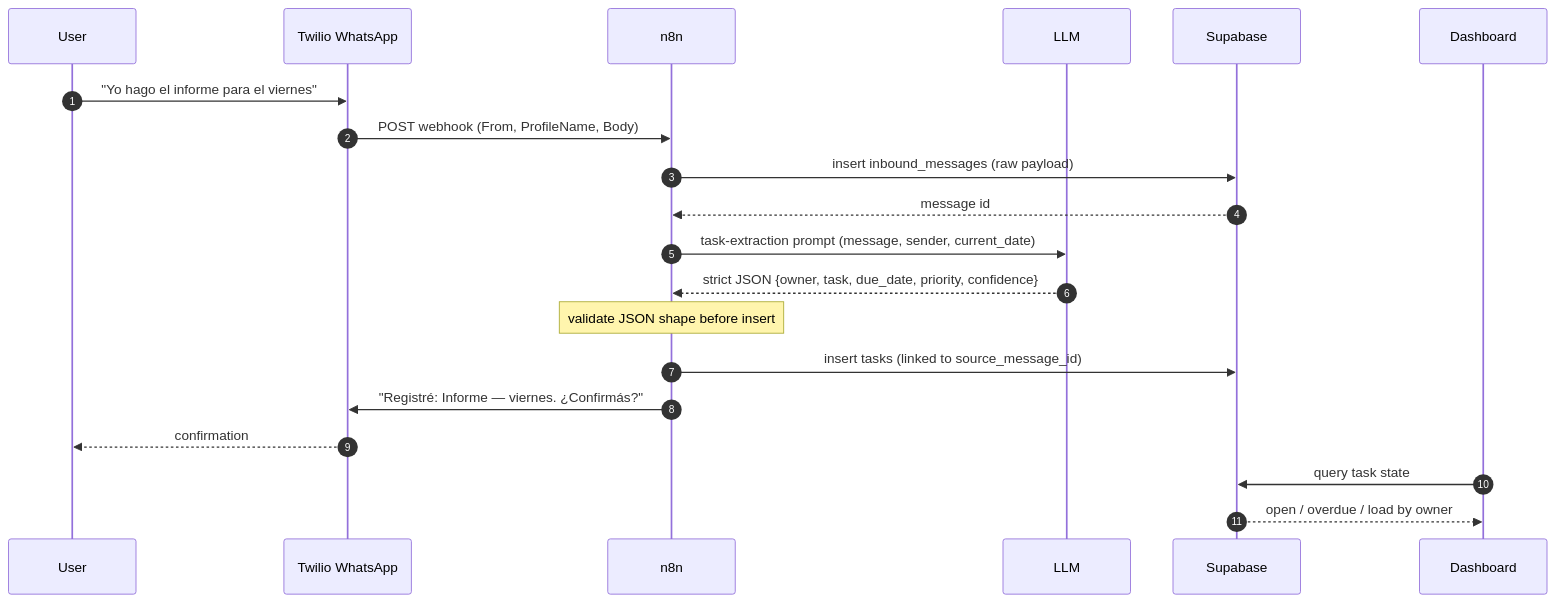
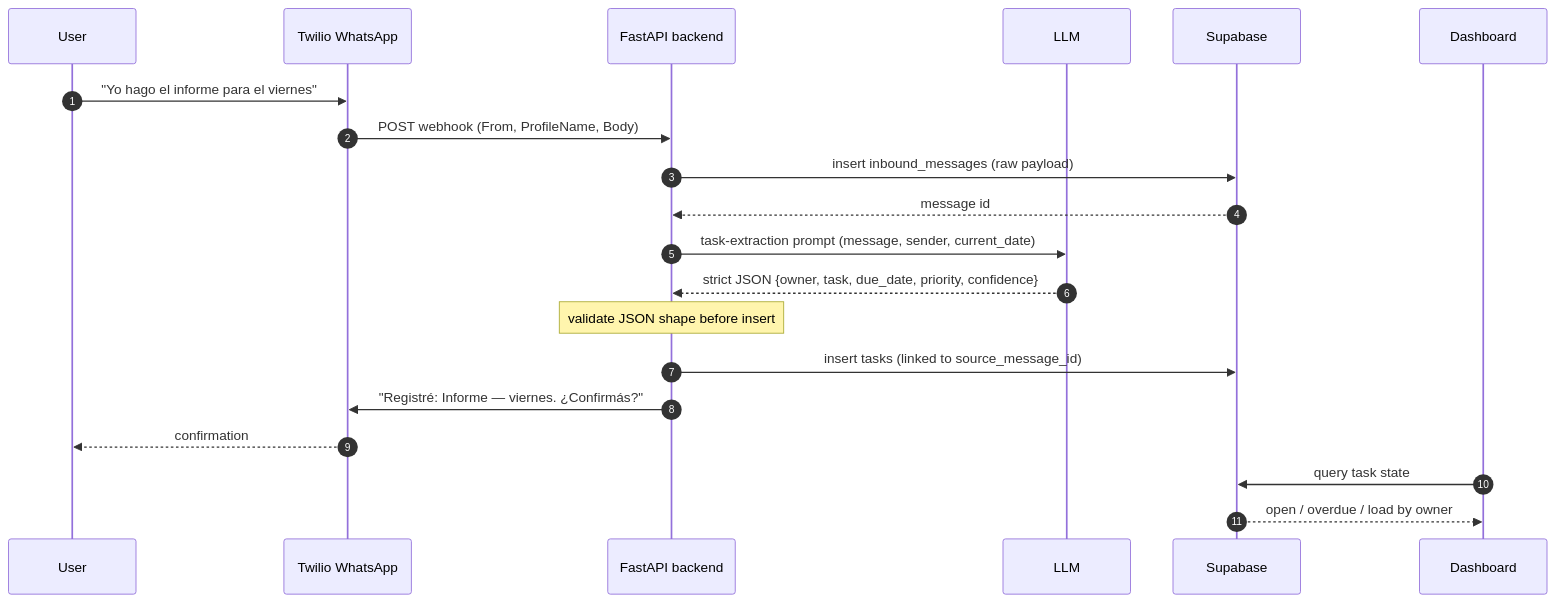
The third of 6 diagrams in docs/diagrams/flows.md (MateoBarbato/auto-mode-on), drawn with Mermaid before and after one commit. The commit also changed other lines of this file and 7 other files, not shown here.

First line of the commit message:
docs: pivot architecture to programmatic FastAPI pipeline (n8n scheduler-only)

````diff
--- a/docs/diagrams/flows.md
+++ b/docs/diagrams/flows.md
@@ -68,23 +68,23 @@
 ```mermaid
 sequenceDiagram
   autonumber
   participant User
   participant WhatsApp as Twilio WhatsApp
-  participant n8n
+  participant API as FastAPI backend
   participant LLM
   participant DB as Supabase
   participant Dashboard
 
   User->>WhatsApp: "Yo hago el informe para el viernes"
-  WhatsApp->>n8n: POST webhook (From, ProfileName, Body)
-  n8n->>DB: insert inbound_messages (raw payload)
-  DB-->>n8n: message id
-  n8n->>LLM: task-extraction prompt (message, sender, current_date)
-  LLM-->>n8n: strict JSON {owner, task, due_date, priority, confidence}
-  Note over n8n: validate JSON shape before insert
-  n8n->>DB: insert tasks (linked to source_message_id)
-  n8n->>WhatsApp: "Registré: Informe — viernes. ¿Confirmás?"
+  WhatsApp->>API: POST webhook (From, ProfileName, Body)
+  API->>DB: insert inbound_messages (raw payload)
+  DB-->>API: message id
+  API->>LLM: task-extraction prompt (message, sender, current_date)
+  LLM-->>API: strict JSON {owner, task, due_date, priority, confidence}
+  Note over API: validate JSON shape before insert
+  API->>DB: insert tasks (linked to source_message_id)
+  API->>WhatsApp: "Registré: Informe — viernes. ¿Confirmás?"
   WhatsApp-->>User: confirmation
   Dashboard->>DB: query task state
   DB-->>Dashboard: open / overdue / load by owner
 ```
````
